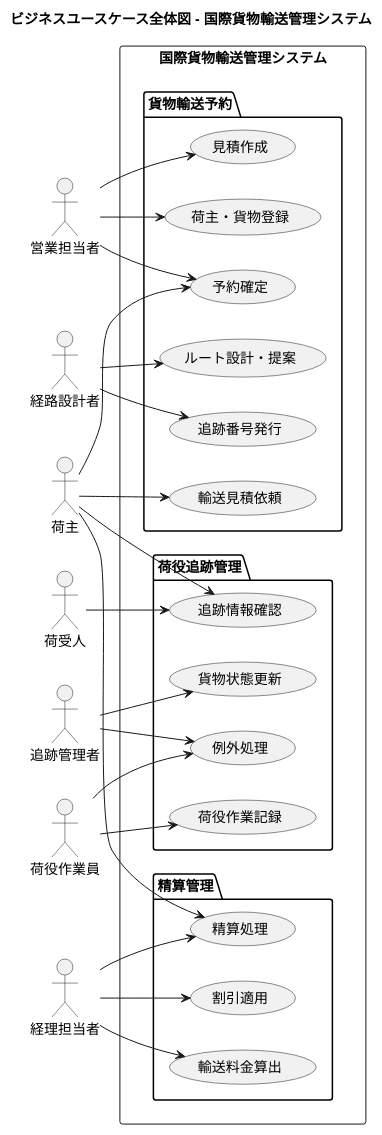
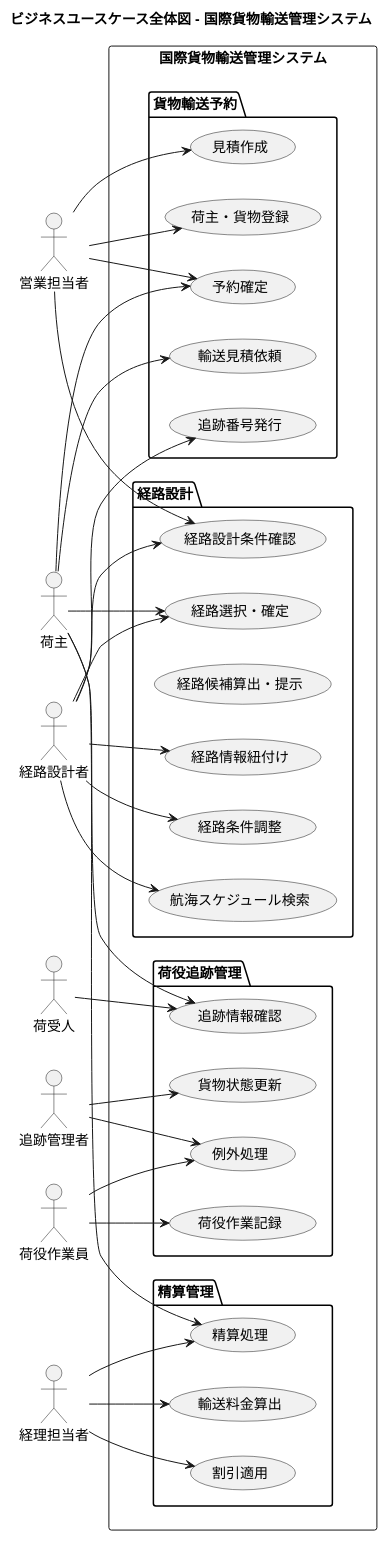
Before and after one commit to k2works/case-study-cargo-tracker: the diagram in docs/requirements/business_usecase.md, drawn with PlantUML. The commit also changed other lines of this file and 3 other files, not shown here.

````diff
--- a/docs/requirements/business_usecase.md
+++ b/docs/requirements/business_usecase.md
@@ -14,57 +14,70 @@
 ```plantuml
 @startuml
 
 title ビジネスユースケース全体図 - 国際貨物輸送管理システム
 
 left to right direction
 
 actor 荷主
 actor 荷受人
 actor 営業担当者
 actor 経路設計者
 actor 追跡管理者
 actor 荷役作業員
 actor 経理担当者
 
 rectangle 国際貨物輸送管理システム {
   package 貨物輸送予約 {
     usecase "輸送見積依頼" as BUC01
     usecase "見積作成" as BUC02
     usecase "荷主・貨物登録" as BUC03
-    usecase "ルート設計・提案" as BUC04
-    usecase "予約確定" as BUC05
-    usecase "追跡番号発行" as BUC06
+    usecase "予約確定" as BUC04
+    usecase "追跡番号発行" as BUC05
+  }
+  package 経路設計 {
+    usecase "経路設計条件確認" as BUC06
+    usecase "航海スケジュール検索" as BUC07
+    usecase "経路候補算出・提示" as BUC08
+    usecase "経路選択・確定" as BUC09
+    usecase "経路条件調整" as BUC10
+    usecase "経路情報紐付け" as BUC11
   }
   package 荷役追跡管理 {
-    usecase "荷役作業記録" as BUC07
-    usecase "貨物状態更新" as BUC08
-    usecase "追跡情報確認" as BUC09
-    usecase "例外処理" as BUC10
+    usecase "荷役作業記録" as BUC12
+    usecase "貨物状態更新" as BUC13
+    usecase "追跡情報確認" as BUC14
+    usecase "例外処理" as BUC15
   }
   package 精算管理 {
-    usecase "輸送料金算出" as BUC11
-    usecase "割引適用" as BUC12
-    usecase "精算処理" as BUC13
+    usecase "輸送料金算出" as BUC16
+    usecase "割引適用" as BUC17
+    usecase "精算処理" as BUC18
   }
 }
 
 荷主 --> BUC01
-荷主 --> BUC05
+荷主 --> BUC04
 荷主 --> BUC09
-荷受人 --> BUC09
+荷主 --> BUC14
+荷受人 --> BUC14
 営業担当者 --> BUC02
 営業担当者 --> BUC03
-営業担当者 --> BUC05
-経路設計者 --> BUC04
+営業担当者 --> BUC04
+営業担当者 --> BUC06
+経路設計者 --> BUC05
 経路設計者 --> BUC06
-荷役作業員 --> BUC07
-荷役作業員 --> BUC10
-追跡管理者 --> BUC08
-追跡管理者 --> BUC10
-経理担当者 --> BUC11
-経理担当者 --> BUC12
-経理担当者 --> BUC13
-荷主 --> BUC13
+経路設計者 --> BUC07
+経路設計者 --> BUC09
+経路設計者 --> BUC10
+経路設計者 --> BUC11
+荷役作業員 --> BUC12
+荷役作業員 --> BUC15
+追跡管理者 --> BUC13
+追跡管理者 --> BUC15
+経理担当者 --> BUC16
+経理担当者 --> BUC17
+経理担当者 --> BUC18
+荷主 --> BUC18
 
 @enduml
 ```
````
